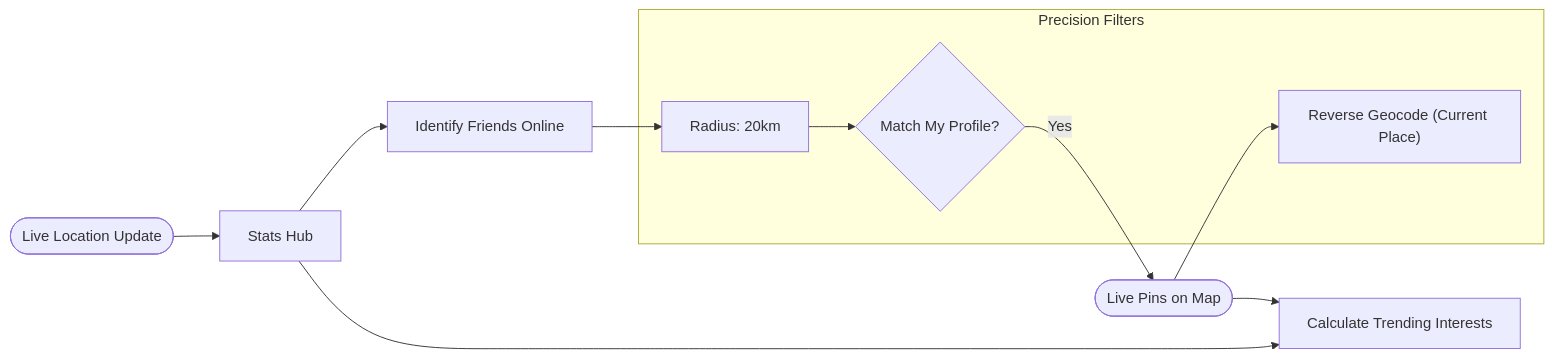
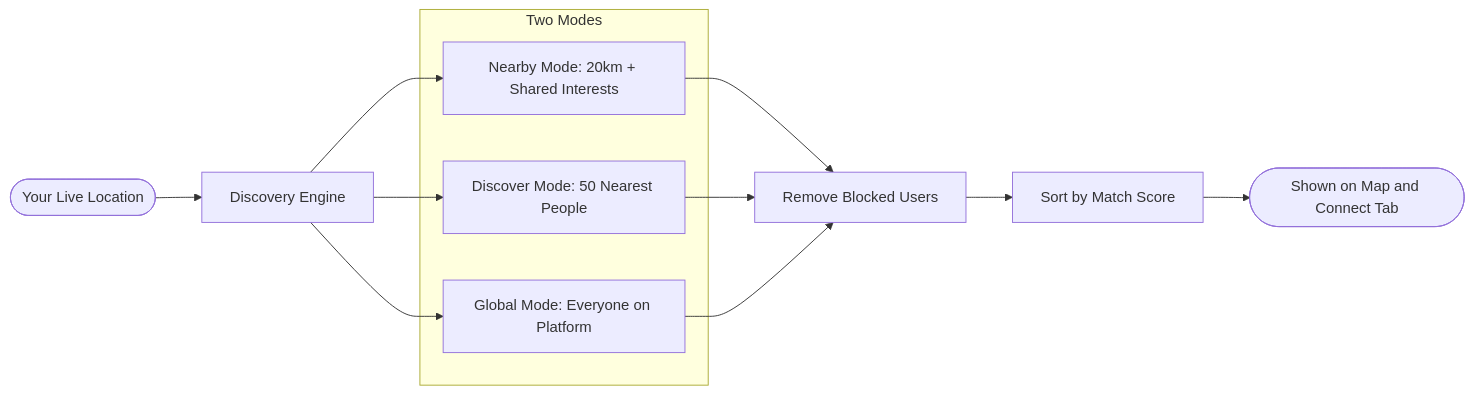
The fifth of 14 diagrams in docs/DIAGRAMS.md (Akash-Veerla/Demographic), drawn with Mermaid before and after one commit. The commit also changed other lines of this file and 2 other files, not shown here.

Commit message:
Update README.md & DIAGRAMS.md

````diff
--- a/docs/DIAGRAMS.md
+++ b/docs/DIAGRAMS.md
@@ -161,19 +167,21 @@
 ```mermaid
 graph LR
-    Start([Live Location Update]) --> Hub[Stats Hub]
-    Hub --> Trends[Calculate Trending Interests]
-    Hub --> Nearby[Identify Friends Online]
-    
-    subgraph "Precision Filters"
-        ReverseGeo["Reverse Geocode (Current Place)"]
-        Match{Match My Profile?}
-        Range[Radius: 20km]
+    Location([Your Live Location]) --> Engine[Discovery Engine]
+
+    subgraph "Two Modes"
+        Nearby[Nearby Mode: 20km + Shared Interests]
+        Discover[Discover Mode: 50 Nearest People]
+        Global[Global Mode: Everyone on Platform]
     end
-    
-    Nearby --> Range
-    Range --> Match
-    Match -- "Yes" --> Display([Live Pins on Map])
-    
-    Display --> ReverseGeo
-    Display --> Trends
+
+    Engine --> Nearby
+    Engine --> Discover
+    Engine --> Global
+
+    Nearby --> Filter[Remove Blocked Users]
+    Discover --> Filter
+    Global --> Filter
+
+    Filter --> Sort[Sort by Match Score]
+    Sort --> Display([Shown on Map and Connect Tab])
 ```
````
